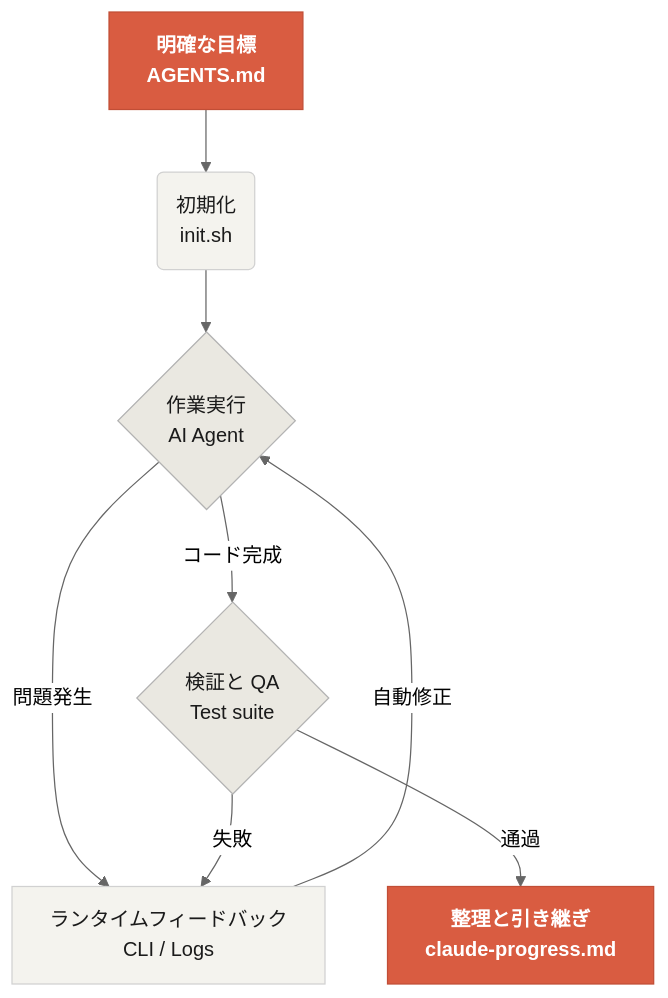
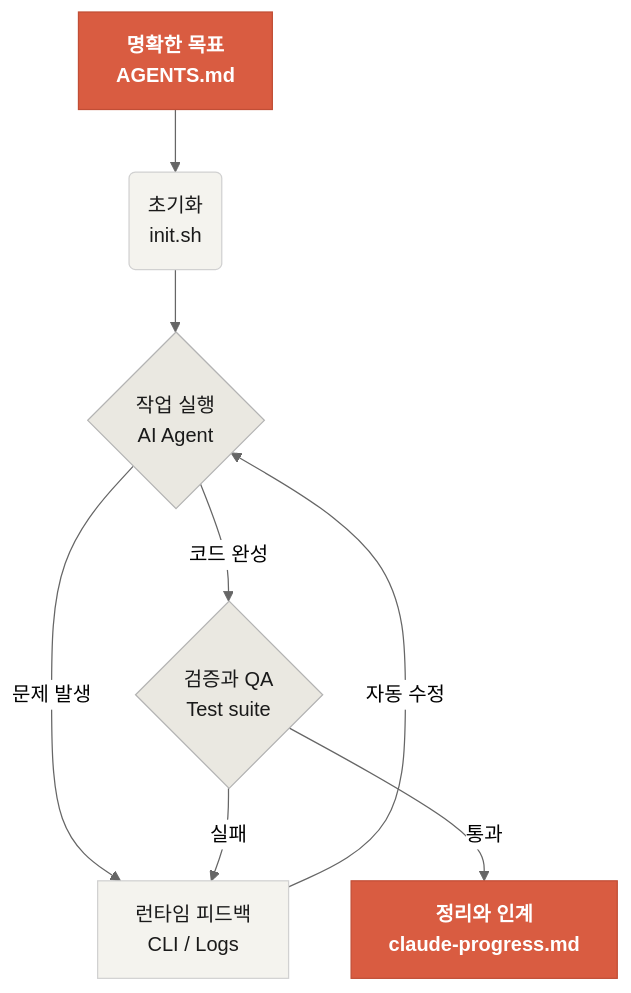
Before and after one commit to mkusaka/learn-harness-engineering: the diagram in docs/ko/index.md, drawn with Mermaid (neutral theme). The commit also changed other lines of this file and 684 other files, not shown here.

````diff
--- a/docs/ko/index.md
+++ b/docs/ko/index.md
@@ -37,18 +37,18 @@
 ```mermaid
 graph TD
-    A["明確な目標<br/>AGENTS.md"] --> B("初期化<br/>init.sh")
-    B --> C{"作業実行<br/>AI Agent"}
-    C -->|問題発生| D["ランタイムフィードバック<br/>CLI / Logs"]
-    D -->|自動修正| C
-    C -->|コード完成| E{"検証と QA<br/>Test suite"}
-    E -->|失敗| D
-    E -->|通過| F["整理と引き継ぎ<br/>claude-progress.md"]
+    A["명확한 목표<br/>AGENTS.md"] --> B("초기화<br/>init.sh")
+    B --> C{"작업 실행<br/>AI Agent"}
+    C -->|문제 발생| D["런타임 피드백<br/>CLI / Logs"]
+    D -->|자동 수정| C
+    C -->|코드 완성| E{"검증과 QA<br/>Test suite"}
+    E -->|실패| D
+    E -->|통과| F["정리와 인계<br/>claude-progress.md"]
 
     classDef primary fill:#D95C41,stroke:#C14E36,color:#fff,font-weight:bold;
     classDef process fill:#F4F3EE,stroke:#D1D1D1,color:#1A1A1A;
     classDef check fill:#EAE8E1,stroke:#B3B3B3,color:#1A1A1A;
 
     class A,F primary;
     class B,D process;
     class C,E check;
 ```
````
